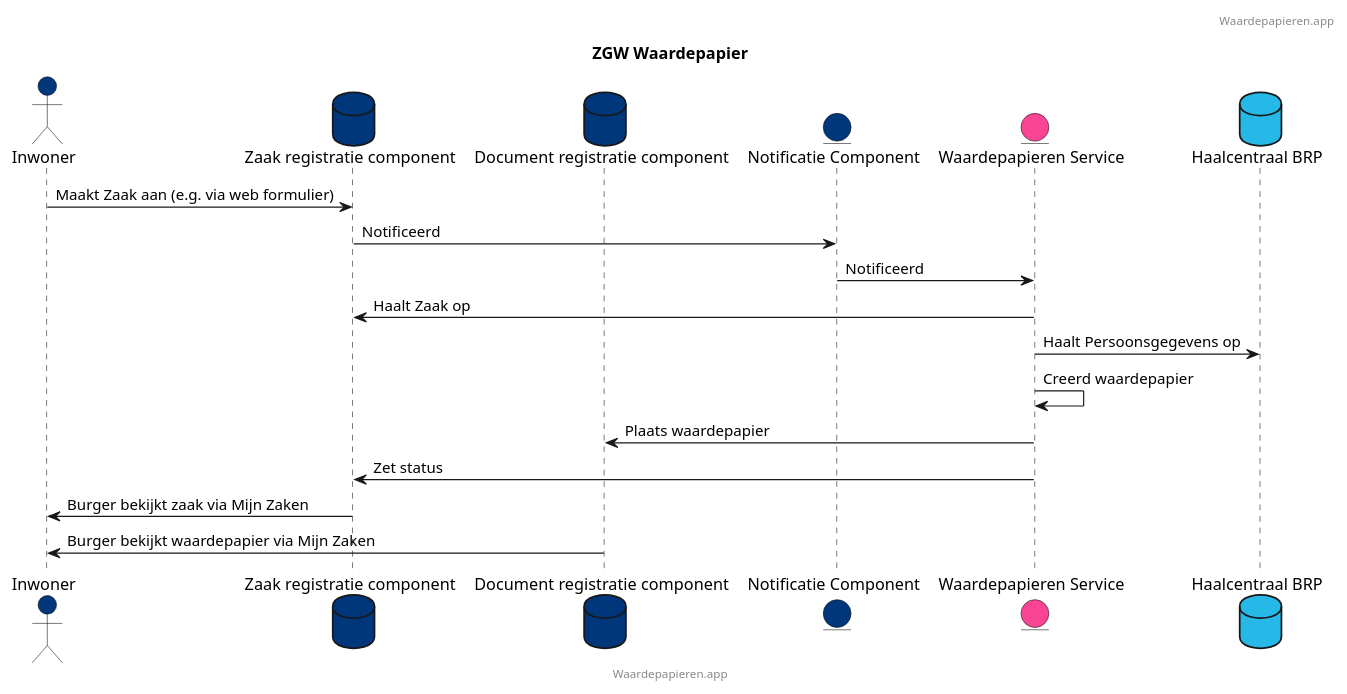
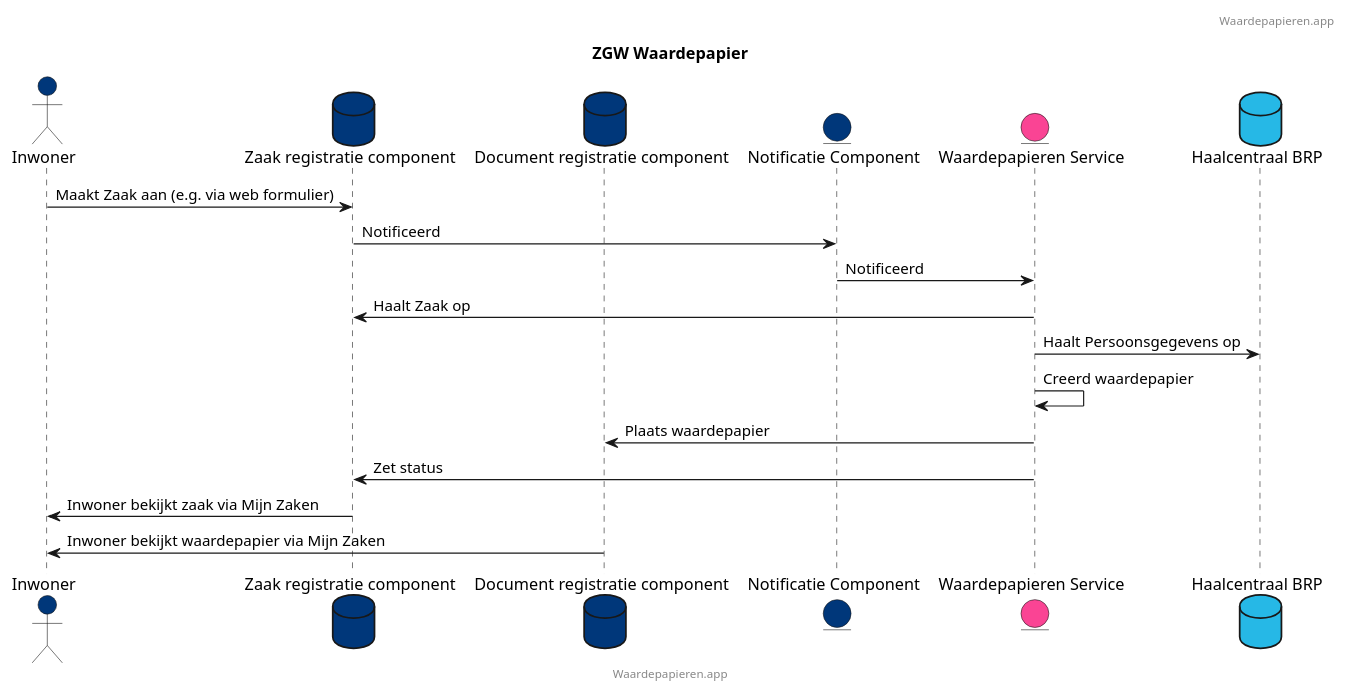
Before and after one commit to CommonGateway/WaardepapierenBundle: the diagram in docs/zgw_waardepapier_mijn-zaken.puml, drawn with PlantUML. The commit also changed 1 other file, not shown here.

Commit message:
Nog twee keer burger naar inwoner

```diff
--- a/docs/zgw_waardepapier_mijn-zaken.puml
+++ b/docs/zgw_waardepapier_mijn-zaken.puml
@@ -1,25 +1,25 @@
 @startuml
 title: ZGW Waardepapier
 footer: Waardepapieren.app
 header: Waardepapieren.app
 skinparam backgroundColor transparent
 
 actor Inwoner as Citizen #00377a
 database "Zaak registratie component" as ZRC #00377a
 database "Document registratie component" as DRC #00377a
 entity "Notificatie Component" as NC #00377a
 entity "Waardepapieren Service" as WP #fa4494
 database "Haalcentraal BRP" as BRP #26b8e6
 
 Citizen -> ZRC : Maakt Zaak aan (e.g. via web formulier)
 ZRC -> NC: Notificeerd
 NC -> WP: Notificeerd
 WP -> ZRC: Haalt Zaak op
 WP -> BRP: Haalt Persoonsgegevens op
 WP -> WP: Creerd waardepapier
 WP -> DRC: Plaats waardepapier
 WP -> ZRC: Zet status
-ZRC -> Citizen: Burger bekijkt zaak via Mijn Zaken
-DRC -> Citizen: Burger bekijkt waardepapier via Mijn Zaken
+ZRC -> Citizen: Inwoner bekijkt zaak via Mijn Zaken
+DRC -> Citizen: Inwoner bekijkt waardepapier via Mijn Zaken
 
 @enduml
```
